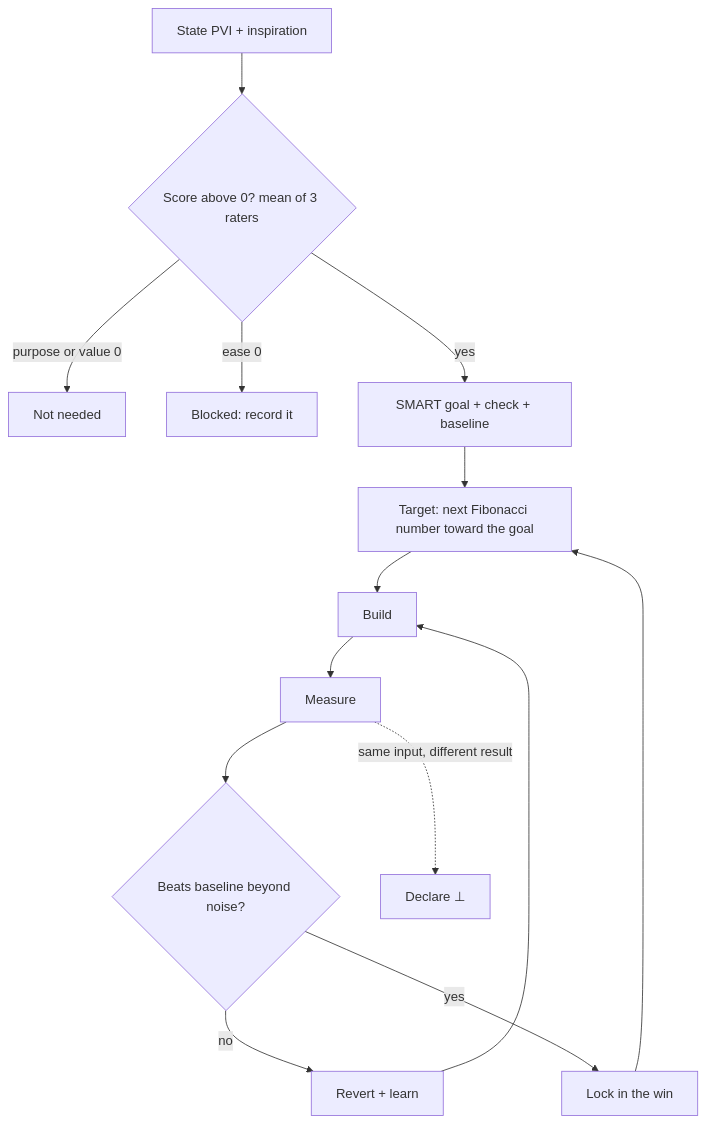
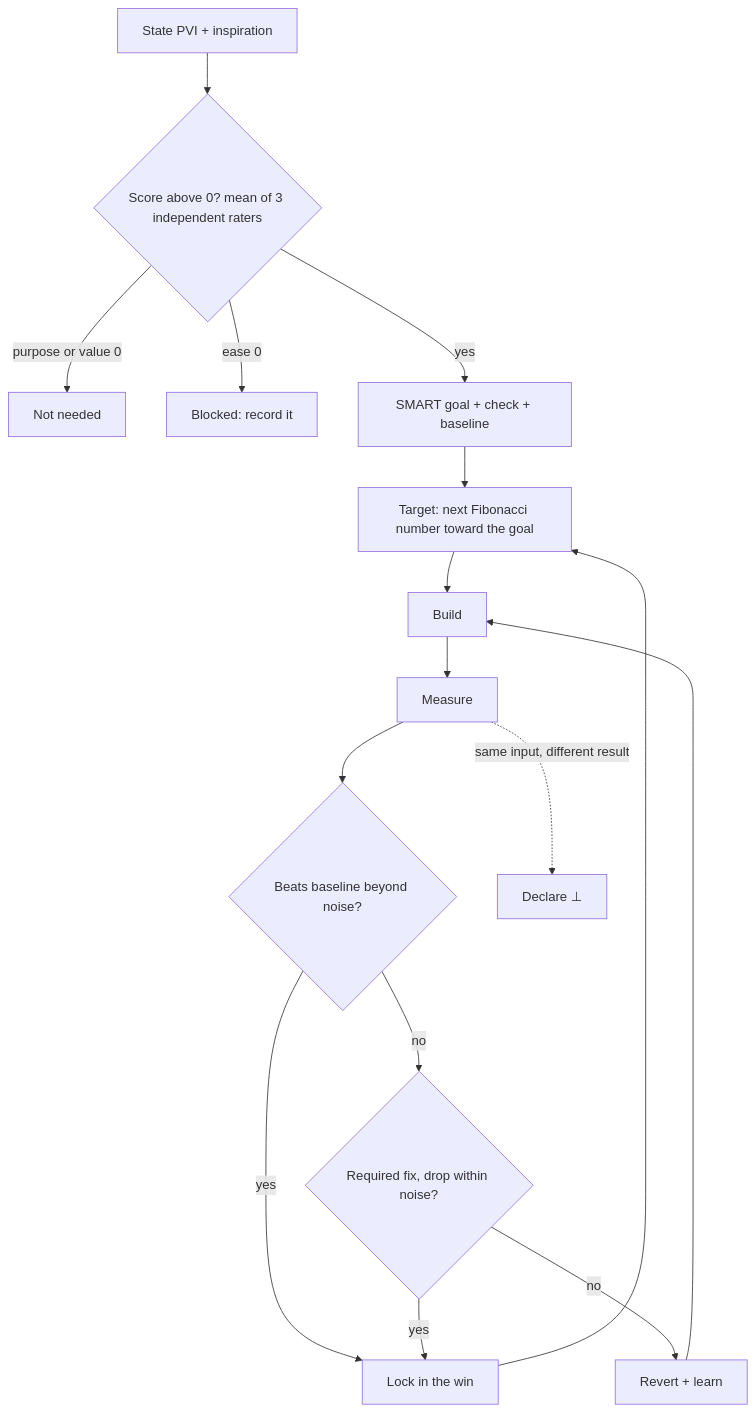
The seventh of 14 diagrams in AGENTS.md (SolenixAI/arbiter), drawn with Mermaid before and after one commit. The commit also changed other lines of this file, not shown here.

````diff
--- a/AGENTS.md
+++ b/AGENTS.md
@@ -299,12 +301,14 @@
 ```mermaid
 flowchart TD
-  PV[State PVI + inspiration] --> S{Score above 0? mean of 3 raters}
+  PV[State PVI + inspiration] --> S{Score above 0? mean of 3 independent raters}
   S -->|purpose or value 0| N[Not needed]
   S -->|ease 0| B[Blocked: record it]
   S -->|yes| G[SMART goal + check + baseline]
   G --> T[Target: next Fibonacci number toward the goal] --> BU[Build] --> M[Measure]
   M --> K{Beats baseline beyond noise?}
-  K -->|no| R[Revert + learn] --> BU
   K -->|yes| L[Lock in the win] --> T
+  K -->|no| RF{Required fix, drop within noise?}
+  RF -->|yes| L
+  RF -->|no| R[Revert + learn] --> BU
   M -.->|same input, different result| Z["Declare ⊥"]
 ```
````
